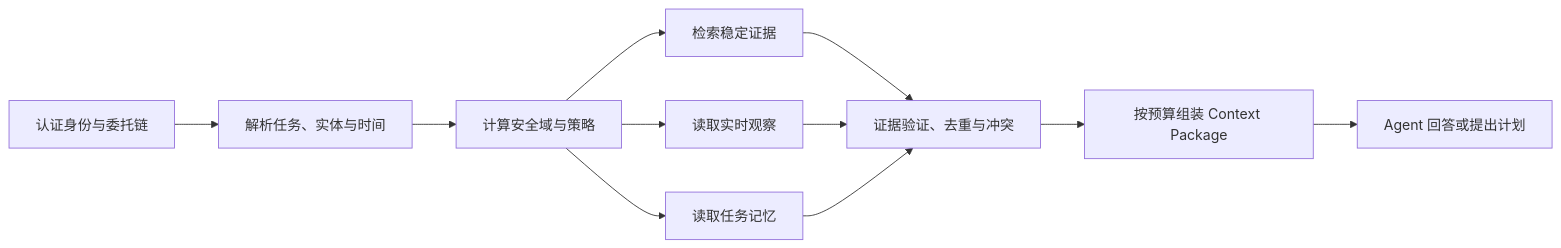
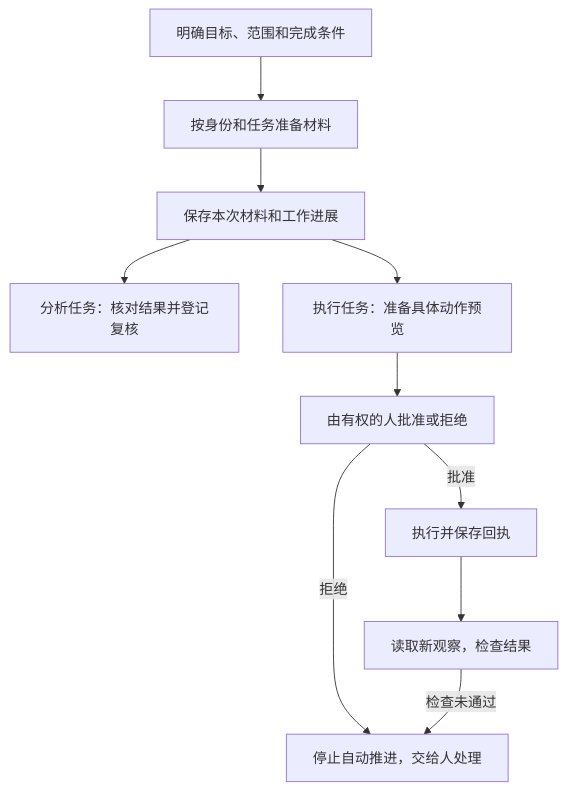
One commit to LENSHOOD/enterprise-context-book changed the first of 2 diagrams in book/part-4/chapter-17.md. Above: the diagram before and after it, drawn with Mermaid. The commit also changed other lines of this file and 10 other files, not shown here.

Commit message:
docs: structure chapter 17 around task flow and clarify part four (rc.24) (#26)

````diff
--- a/book/part-4/chapter-17.md
+++ b/book/part-4/chapter-17.md
@@ -69,13 +25,12 @@
 ```mermaid
-flowchart LR
-  I[认证身份与委托链] --> P[解析任务、实体与时间]
-  P --> A[计算安全域与策略]
-  A --> R[检索稳定证据]
-  A --> O[读取实时观察]
-  A --> M[读取任务记忆]
-  R --> V[证据验证、去重与冲突]
-  O --> V
-  M --> V
-  V --> B[按预算组装 Context Package]
-  B --> G[Agent 回答或提出计划]
+flowchart TB
+  T[明确目标、范围和完成条件] --> C[按身份和任务准备材料]
+  C --> S[保存本次材料和工作进展]
+  S --> R[分析任务：核对结果并登记复核]
+  S --> P[执行任务：准备具体动作预览]
+  P --> A[由有权的人批准或拒绝]
+  A -->|批准| E[执行并保存回执]
+  E --> V[读取新观察，检查结果]
+  A -->|拒绝| H[停止自动推进，交给人处理]
+  V -->|检查未通过| H
 ```
````
